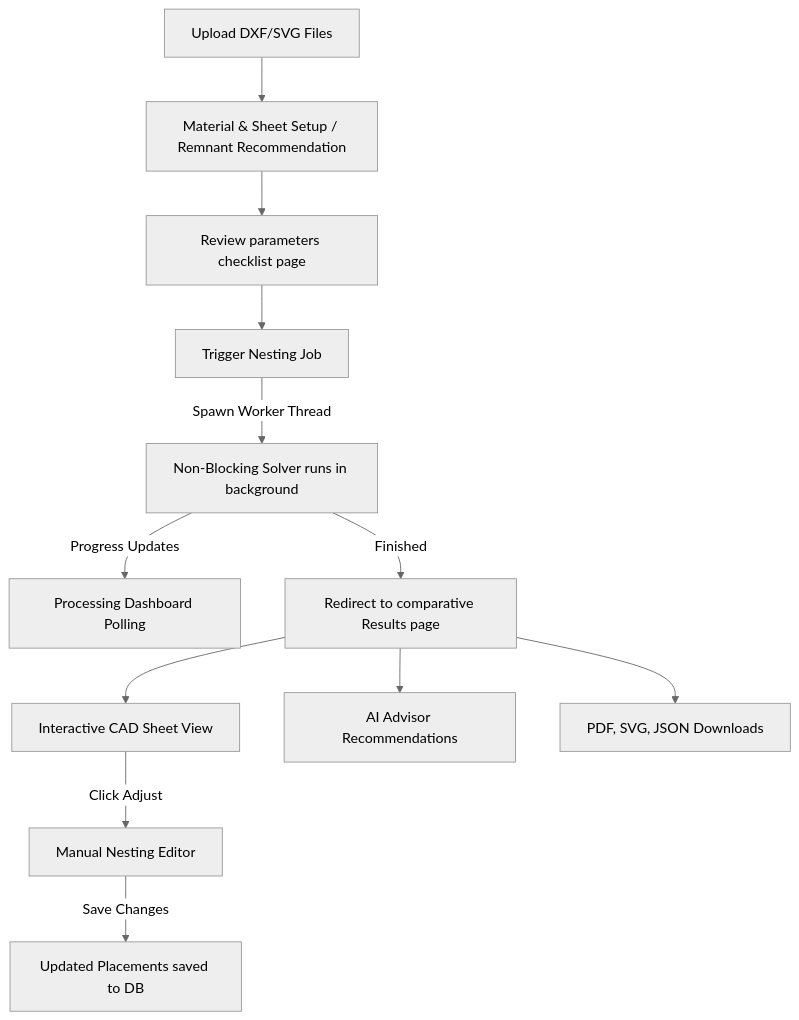
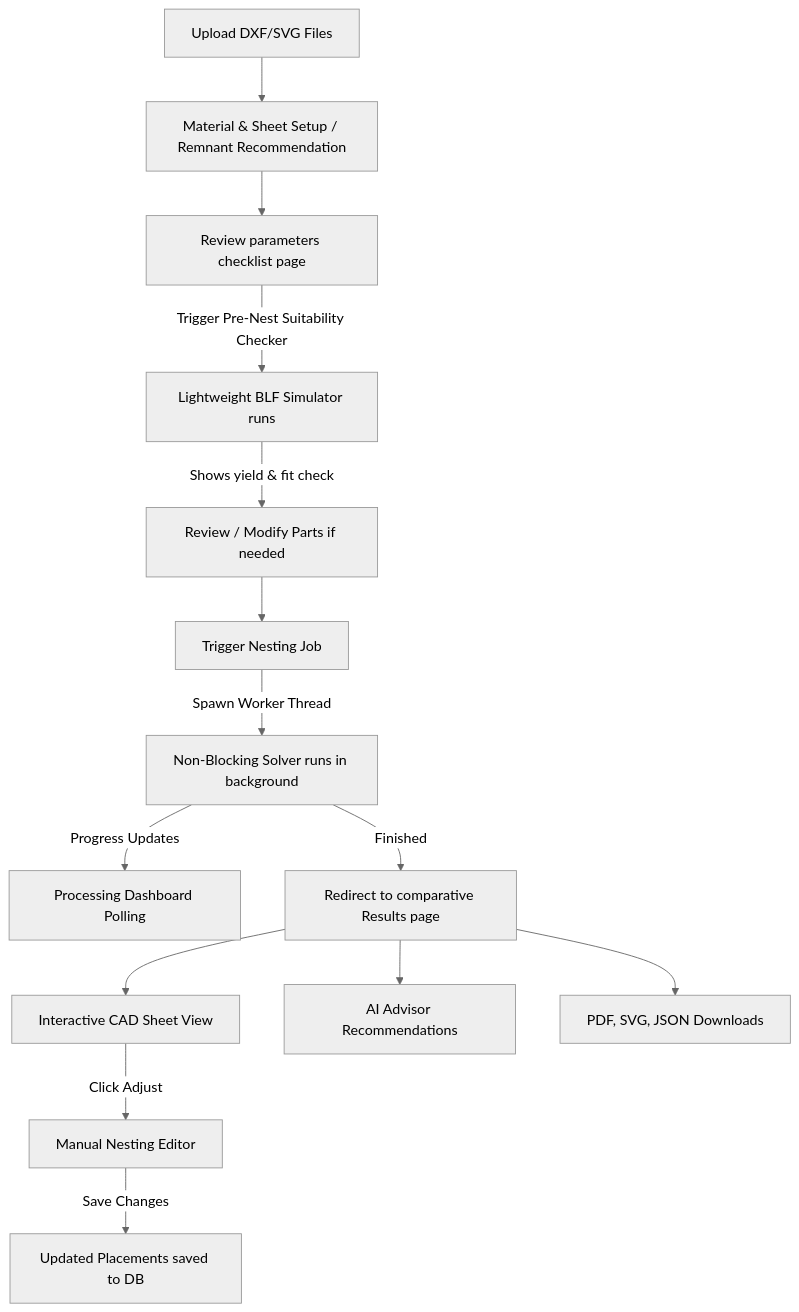
Before and after one commit to Itsshakthinathans/SmartNest-AI: the diagram in README.md, drawn with Mermaid (neutral theme). The commit also changed other lines of this file and 20 other files, not shown here.

First line of the commit message:
feat: integrate advanced remnant stock recovery, lineage tracking, and BLF pre-nest suitability analyzer

````diff
--- a/README.md
+++ b/README.md
@@ -109,14 +120,16 @@
 ```mermaid
 flowchart TD
     A[Upload DXF/SVG Files] --> B[Material & Sheet Setup / Remnant Recommendation]
     B --> C[Review parameters checklist page]
-    C --> D[Trigger Nesting Job]
-    D -->|Spawn Worker Thread| E[Non-Blocking Solver runs in background]
-    E -->|Progress Updates| F[Processing Dashboard Polling]
-    E -->|Finished| G[Redirect to comparative Results page]
-    G --> H[Interactive CAD Sheet View]
-    H -->|Click Adjust| I[Manual Nesting Editor]
-    I -->|Save Changes| J[Updated Placements saved to DB]
-    G --> K[AI Advisor Recommendations]
-    G --> L[PDF, SVG, JSON Downloads]
+    C -->|Trigger Pre-Nest Suitability Checker| D[Lightweight BLF Simulator runs]
+    D -->|Shows yield & fit check| E[Review / Modify Parts if needed]
+    E --> F[Trigger Nesting Job]
+    F -->|Spawn Worker Thread| G[Non-Blocking Solver runs in background]
+    G -->|Progress Updates| H[Processing Dashboard Polling]
+    G -->|Finished| I[Redirect to comparative Results page]
+    I --> J[Interactive CAD Sheet View]
+    J -->|Click Adjust| K[Manual Nesting Editor]
+    K -->|Save Changes| L[Updated Placements saved to DB]
+    I --> M[AI Advisor Recommendations]
+    I --> N[PDF, SVG, JSON Downloads]
 ```
````
